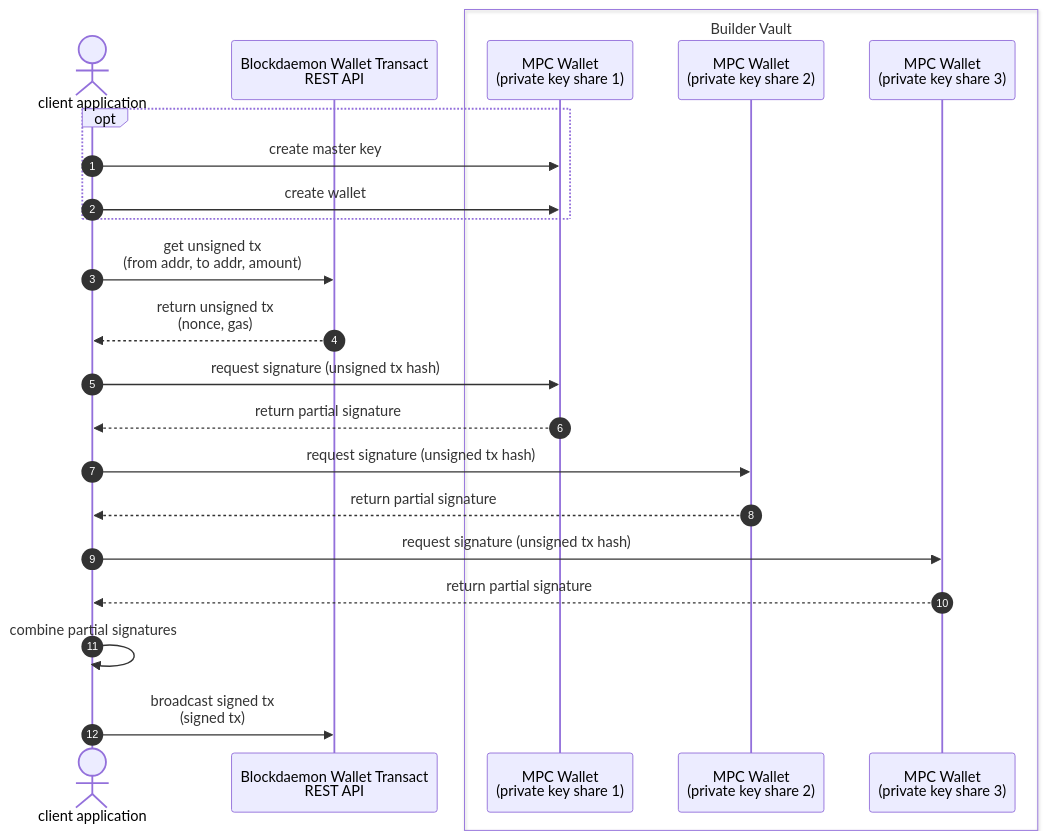
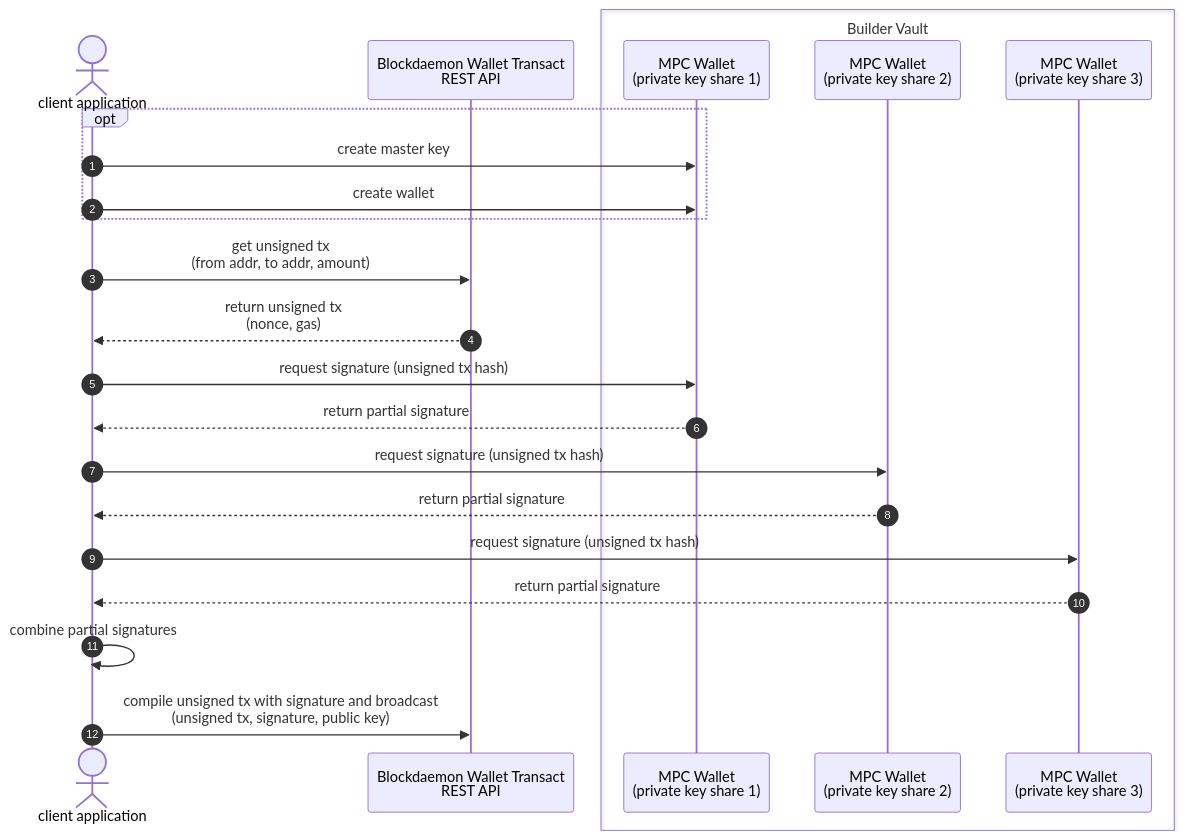
One commit to Blockdaemon/demo-buildervault-wallettransact changed the diagram in README.md. Above: the diagram before and after it, drawn with Mermaid. The commit also changed other lines of this file and 7 other files, not shown here.

````diff
--- a/README.md
+++ b/README.md
@@ -4,28 +4,28 @@
 ```mermaid
 sequenceDiagram
     autonumber
     actor client as client application
     participant Blockchain as Blockdaemon Wallet Transact<br> REST API
     box Builder Vault
       participant TSM1 as MPC Wallet <br>(private key share 1)
       participant TSM2 as MPC Wallet <br>(private key share 2)
       participant TSM3 as MPC Wallet <br>(private key share 3)
     end
     #note over client,TSM2: Create wallet
     opt
       client ->> TSM1: create master key
       client ->> TSM1: create wallet 
     end
 
     #note over client,TSM2: Create transations
     client ->> Blockchain: get unsigned tx<br>(from addr, to addr, amount)
     Blockchain -->> client: return unsigned tx<br>(nonce, gas)
     client ->> TSM1: request signature (unsigned tx hash)
     TSM1 -->> client: return partial signature
     client ->> TSM2: request signature (unsigned tx hash)
     TSM2 -->> client: return partial signature
     client ->> TSM3: request signature (unsigned tx hash)
     TSM3 -->> client: return partial signature
     client ->> client: combine partial signatures
-    client ->> Blockchain: broadcast signed tx<br>(signed tx)
+    client ->> Blockchain: compile unsigned tx with signature and broadcast<br>(unsigned tx, signature, public key)
 ```
````
